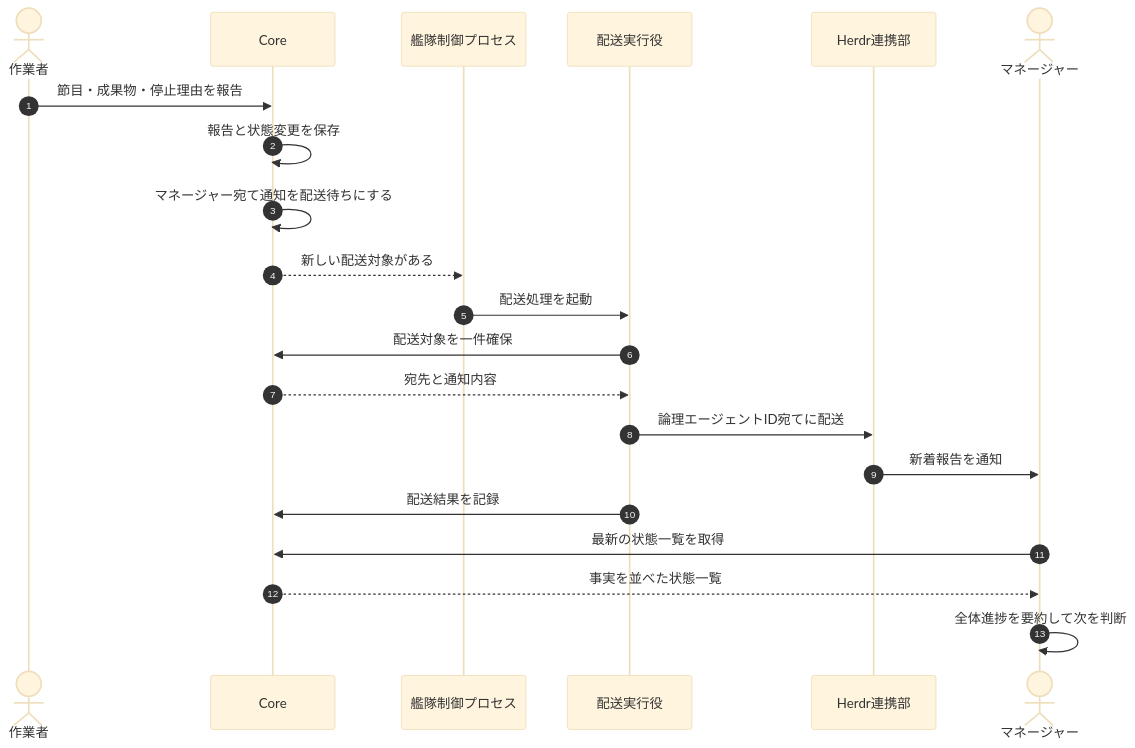
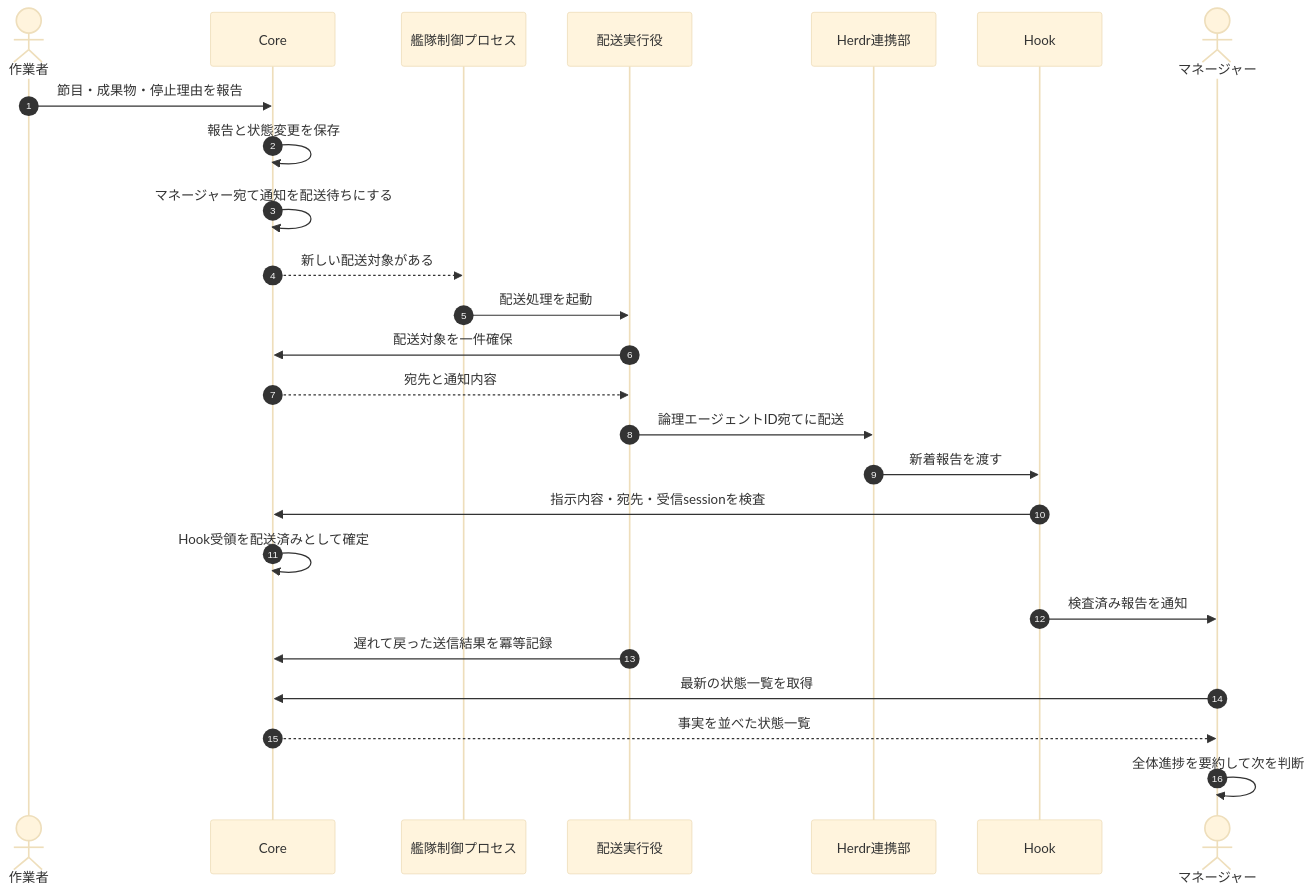
The third of 9 diagrams in docs/2026-08-31-エージェント艦隊-連携と全体制御.md (nakamori-naoya/agent-fleet-plugins), drawn with Mermaid (base theme) before and after one commit. The commit also changed other lines of this file and 33 other files, not shown here.

````diff
--- a/docs/2026-08-31-エージェント艦隊-連携と全体制御.md
+++ b/docs/2026-08-31-エージェント艦隊-連携と全体制御.md
@@ -121,24 +121,28 @@
 ```mermaid
 sequenceDiagram
     autonumber
     actor 作業者
     participant Core
     participant 制御 as 艦隊制御プロセス
     participant 配送 as 配送実行役
     participant Herdr as Herdr連携部
+    participant Hook
     actor マネージャー
 
     作業者->>Core: 節目・成果物・停止理由を報告
     Core->>Core: 報告と状態変更を保存
     Core->>Core: マネージャー宛て通知を配送待ちにする
     Core-->>制御: 新しい配送対象がある
     制御->>配送: 配送処理を起動
     配送->>Core: 配送対象を一件確保
     Core-->>配送: 宛先と通知内容
     配送->>Herdr: 論理エージェントID宛てに配送
-    Herdr->>マネージャー: 新着報告を通知
-    配送->>Core: 配送結果を記録
+    Herdr->>Hook: 新着報告を渡す
+    Hook->>Core: 指示内容・宛先・受信sessionを検査
+    Core->>Core: Hook受領を配送済みとして確定
+    Hook->>マネージャー: 検査済み報告を通知
+    配送->>Core: 遅れて戻った送信結果を冪等記録
     マネージャー->>Core: 最新の状態一覧を取得
     Core-->>マネージャー: 事実を並べた状態一覧
     マネージャー->>マネージャー: 全体進捗を要約して次を判断
 ```
````
